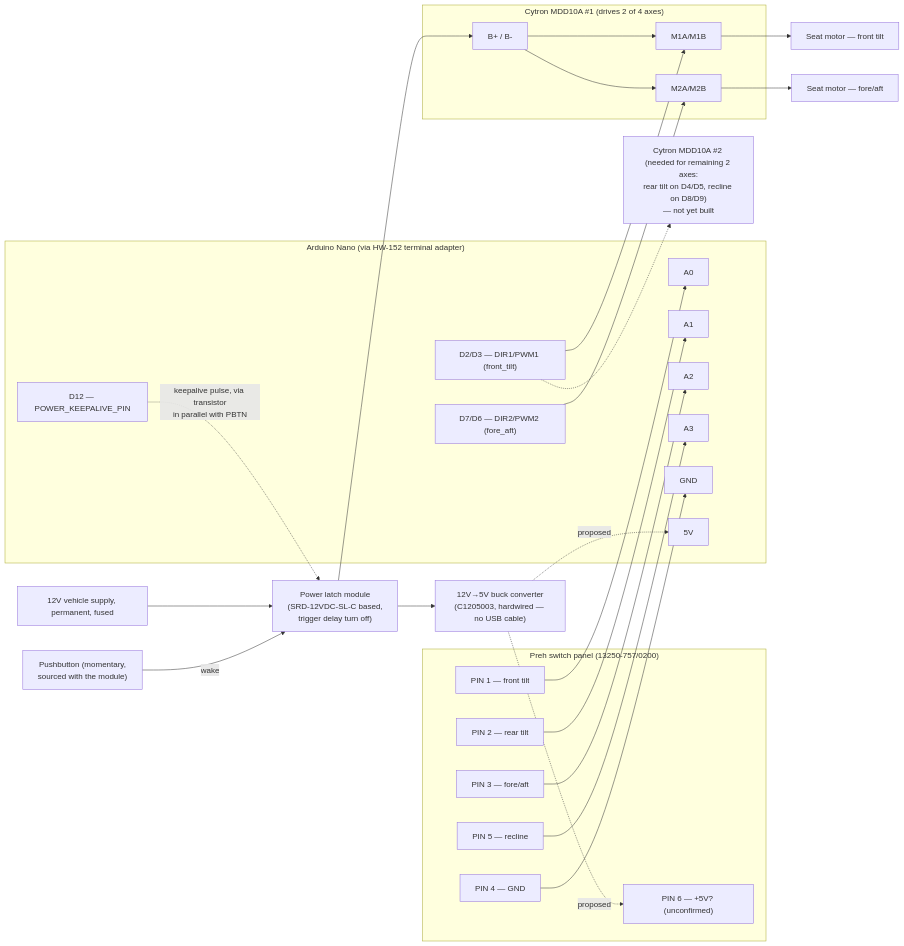
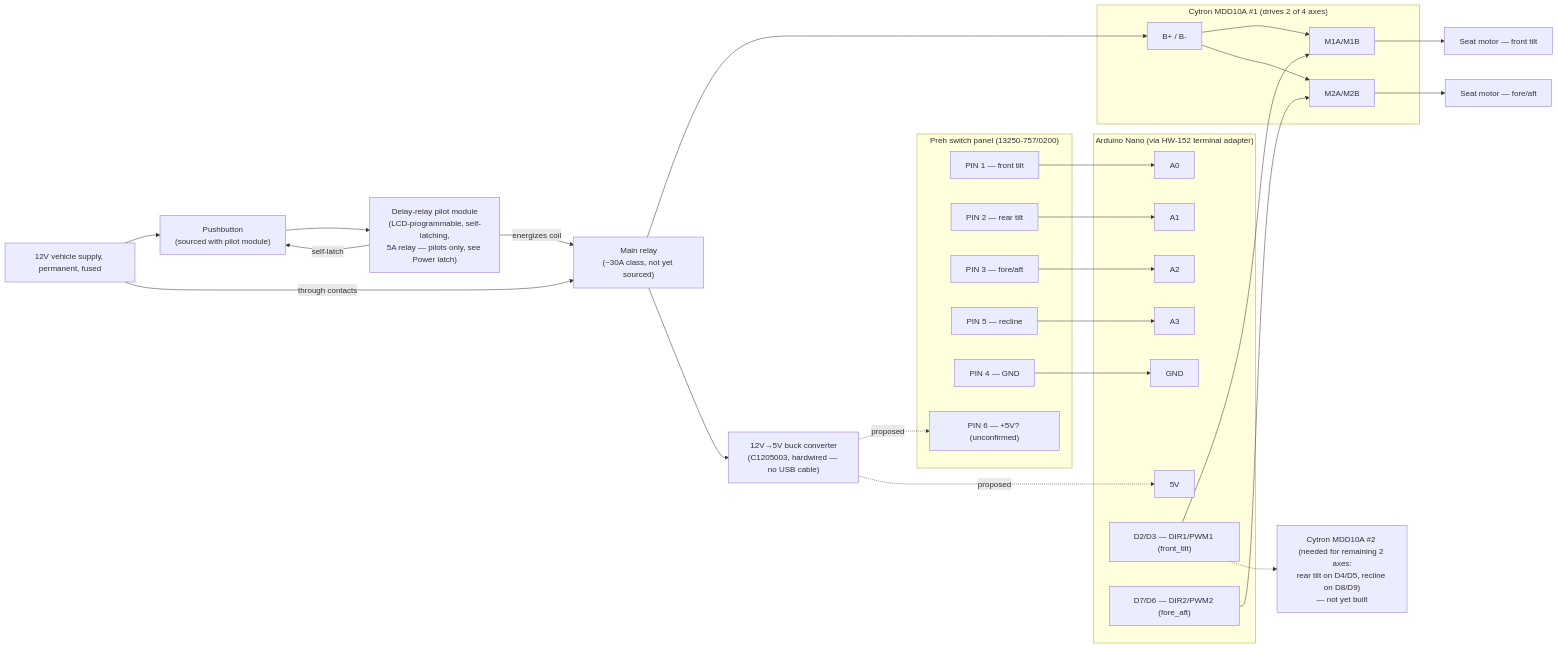
One commit to nodecentral/Audi-Seat-Controller-Arduino-Project changed the diagram in README.md. Above: the diagram before and after it, drawn with Mermaid. The commit also changed other lines of this file and 1 other file, not shown here.

First line of the commit message:
Correct power latch design: pilot module + separate main relay

````diff
--- a/README.md
+++ b/README.md
@@ -185,56 +186,57 @@
 ```mermaid
 flowchart LR
     subgraph SWITCH["Preh switch panel (13250-757/0200)"]
         P1["PIN 1 — front tilt"]
         P2["PIN 2 — rear tilt"]
         P3["PIN 3 — fore/aft"]
         P5["PIN 5 — recline"]
         P4["PIN 4 — GND"]
         P6["PIN 6 — +5V? (unconfirmed)"]
     end
 
     subgraph NANO["Arduino Nano (via HW-152 terminal adapter)"]
         A0["A0"]
         A1["A1"]
         A2["A2"]
         A3["A3"]
         GND1["GND"]
         FIVEV["5V"]
         CTRL1["D2/D3 — DIR1/PWM1 (front_tilt)"]
         CTRL2["D7/D6 — DIR2/PWM2 (fore_aft)"]
-        HOLD["D12 — POWER_KEEPALIVE_PIN"]
     end
 
     subgraph DRV1["Cytron MDD10A #1 (drives 2 of 4 axes)"]
         M1["M1A/M1B"]
         M2["M2A/M2B"]
         BSUP["B+ / B-"]
     end
 
     P1 --> A0
     P2 --> A1
     P3 --> A2
     P5 --> A3
     P4 --> GND1
     REG -. proposed .-> P6
     REG -. proposed .-> FIVEV
 
     CTRL1 --> M1
     CTRL2 --> M2
 
     MOT1["Seat motor — front tilt"]
     MOT2["Seat motor — fore/aft"]
     M1 --> MOT1
     M2 --> MOT2
 
-    BATT["12V vehicle supply, permanent, fused"] --> RELAY["Power latch module<br/>(SRD-12VDC-SL-C based,<br/>trigger delay turn off)"]
-    RELAY --> BSUP
-    RELAY --> REG["12V→5V buck converter<br/>(C1205003, hardwired — no USB cable)"]
-    PBTN["Pushbutton (momentary,<br/>sourced with the module)"] -- wake --> RELAY
-    HOLD -. keepalive pulse, via transistor<br/>in parallel with PBTN .-> RELAY
+    BATT["12V vehicle supply, permanent, fused"] --> PBTN["Pushbutton<br/>(sourced with pilot module)"]
+    PBTN --> PILOT["Delay-relay pilot module<br/>(LCD-programmable, self-latching,<br/>5A relay — pilots only, see Power latch)"]
+    PILOT -- self-latch --> PBTN
+    PILOT -- energizes coil --> MAINRELAY["Main relay<br/>(~30A class, not yet sourced)"]
+    BATT -- through contacts --> MAINRELAY
+    MAINRELAY --> BSUP
+    MAINRELAY --> REG["12V→5V buck converter<br/>(C1205003, hardwired — no USB cable)"]
     BSUP --> M1
     BSUP --> M2
 
     DRV2["Cytron MDD10A #2 (needed for remaining 2 axes:<br/>rear tilt on D4/D5, recline on D8/D9)<br/>— not yet built"]
     CTRL1 -.-> DRV2
 ```
````
